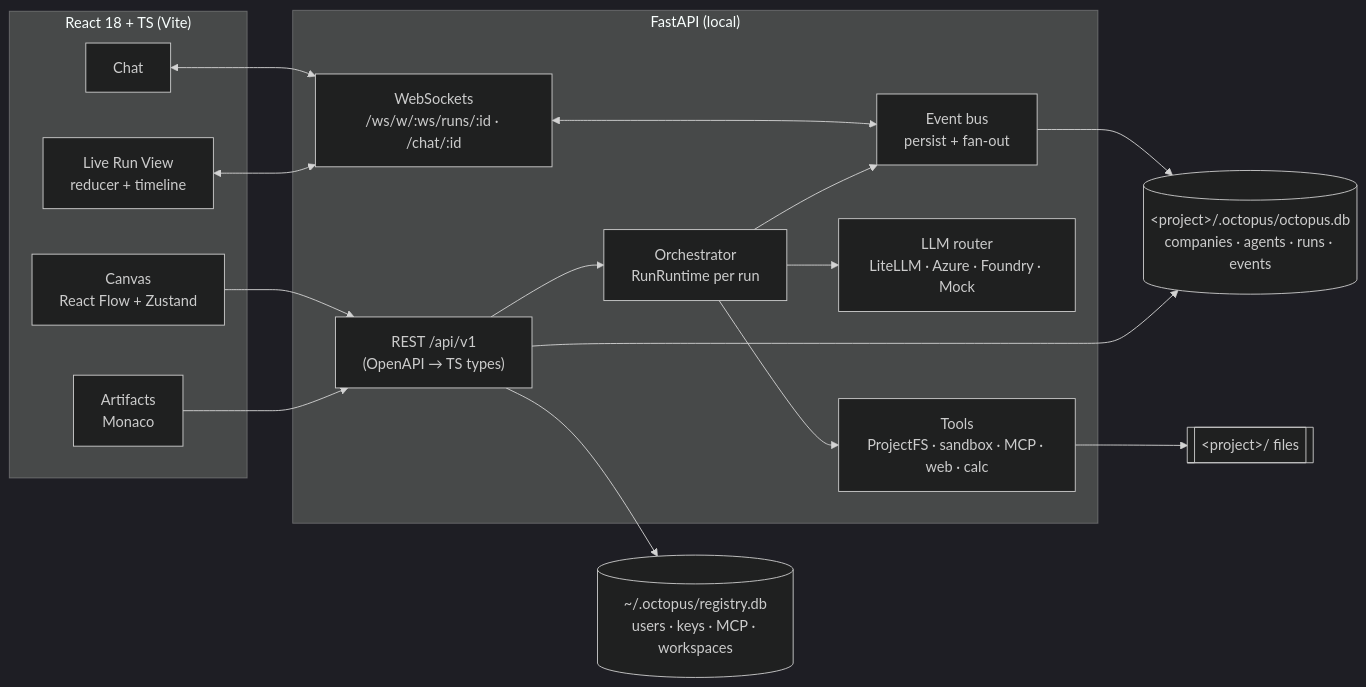
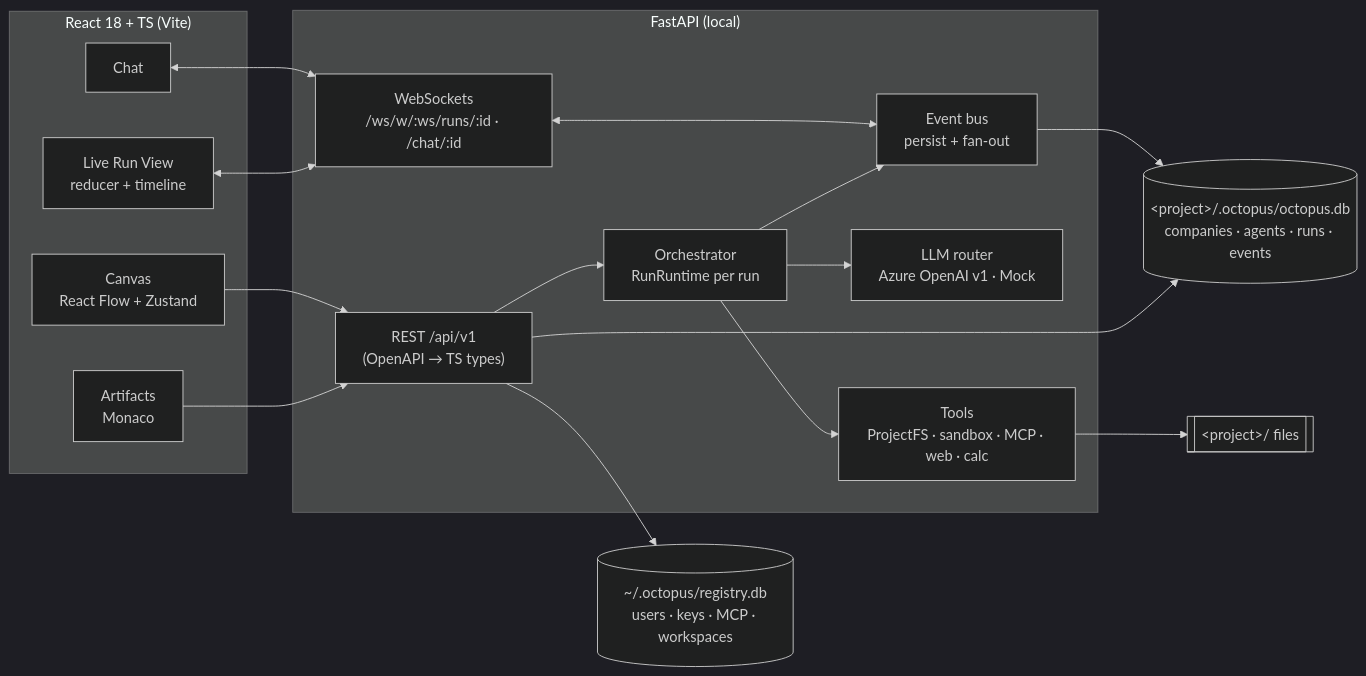
The diagram in README.md (bala2006/octopus), drawn with Mermaid (dark theme) before and after one commit. The commit also changed other lines of this file and 25 other files, not shown here.

First line of the commit message:
fix(llm): Azure OpenAI gpt-6-luna as the only provider and model

````diff
--- a/README.md
+++ b/README.md
@@ -67,28 +67,28 @@
 ```mermaid
 flowchart LR
   subgraph Browser["React 18 + TS (Vite)"]
     Canvas["Canvas<br/>React Flow + Zustand"]
     Chat["Chat"]
     Live["Live Run View<br/>reducer + timeline"]
     Art["Artifacts<br/>Monaco"]
   end
   subgraph API["FastAPI (local)"]
     REST["REST /api/v1<br/>(OpenAPI → TS types)"]
     WS["WebSockets<br/>/ws/w/:ws/runs/:id · /chat/:id"]
     ORC["Orchestrator<br/>RunRuntime per run"]
     BUS["Event bus<br/>persist + fan-out"]
-    LLM["LLM router<br/>LiteLLM · Azure · Foundry · Mock"]
+    LLM["LLM router<br/>Azure OpenAI v1 · Mock"]
     TOOLS["Tools<br/>ProjectFS · sandbox · MCP · web · calc"]
   end
   REG[("~/.octopus/registry.db<br/>users · keys · MCP · workspaces")]
   PDB[("&lt;project&gt;/.octopus/octopus.db<br/>companies · agents · runs · events")]
   DIR[["&lt;project&gt;/ files"]]
   Canvas & Art --> REST
   Chat & Live <--> WS
   REST --> ORC
   WS <--> BUS
   ORC --> BUS --> PDB
   ORC --> LLM
   ORC --> TOOLS --> DIR
   REST --> REG & PDB
 ```
````
